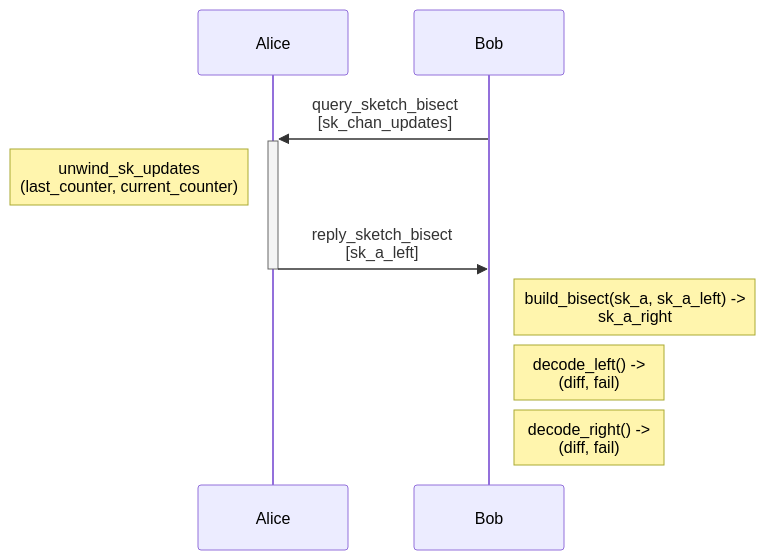
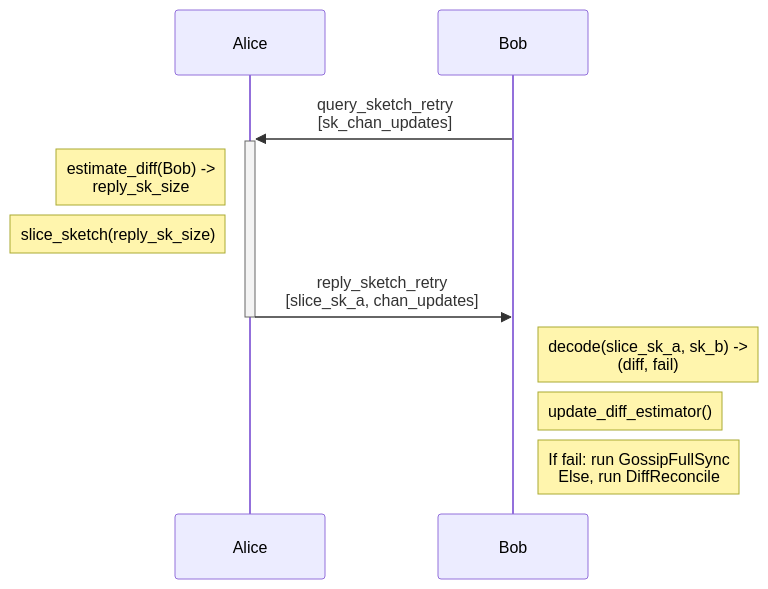
Before and after one commit to jharveyb/bolts: the third of 3 diagrams in bolt-gossip-minisketch.md, drawn with Mermaid. The commit also changed other lines of this file, not shown here.

First line of the commit message:
remove sketch bisection support

````diff
--- a/bolt-gossip-minisketch.md
+++ b/bolt-gossip-minisketch.md
@@ -188,11 +170,13 @@
 ```mermaid
 sequenceDiagram
     participant A as Alice
     participant B as Bob
-    B->>+A: query_sketch_bisect<br/>[sk_chan_updates]
-    Note left of A: unwind_sk_updates<br/>(last_counter, current_counter)
-    A->>-B: reply_sketch_bisect<br/>[sk_a_left]
-    Note right of B: build_bisect(sk_a, sk_a_left) -><br/>sk_a_right
-    Note right of B: decode_left() -><br/>(diff, fail)
-    Note right of B: decode_right() -><br/>(diff, fail)
+    B->>+A: query_sketch_retry<br/>[sk_chan_updates]
+    Note left of A: estimate_diff(Bob) -><br/>reply_sk_size
+    Note left of A: slice_sketch(reply_sk_size)
+    A->>-B: reply_sketch_retry<br/>[slice_sk_a, chan_updates]
+    Note right of B: decode(slice_sk_a, sk_b) -><br/>(diff, fail)
+    Note right of B: update_diff_estimator()
+
+    Note right of B: If fail: run GossipFullSync<br/>Else, run DiffReconcile
 ```
````
